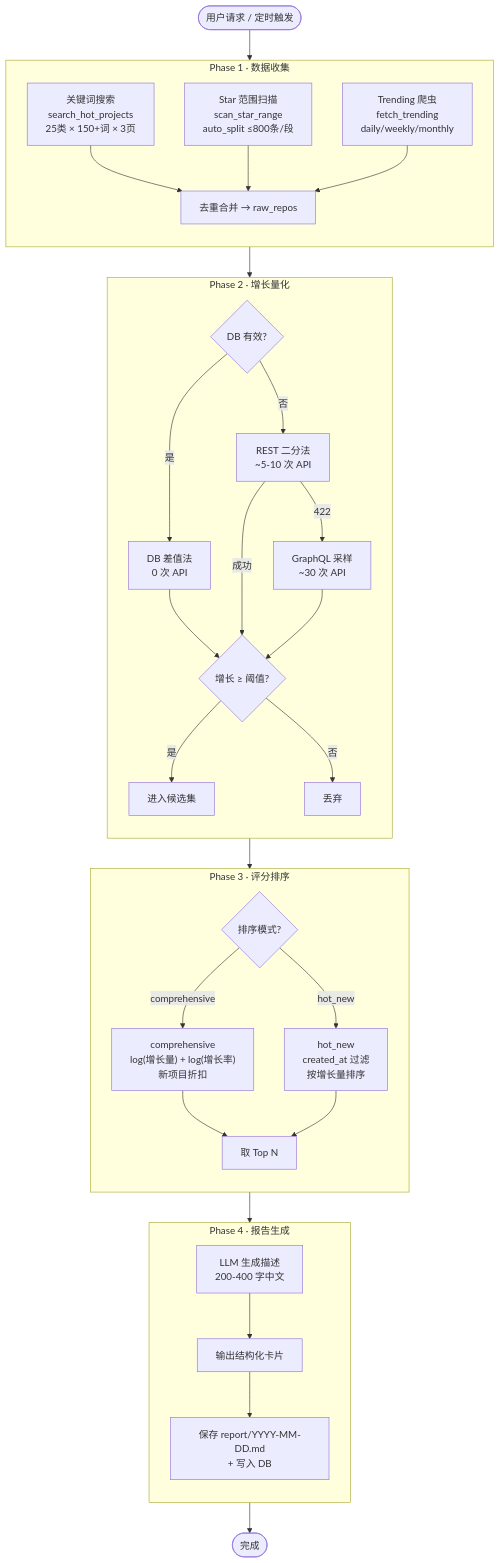
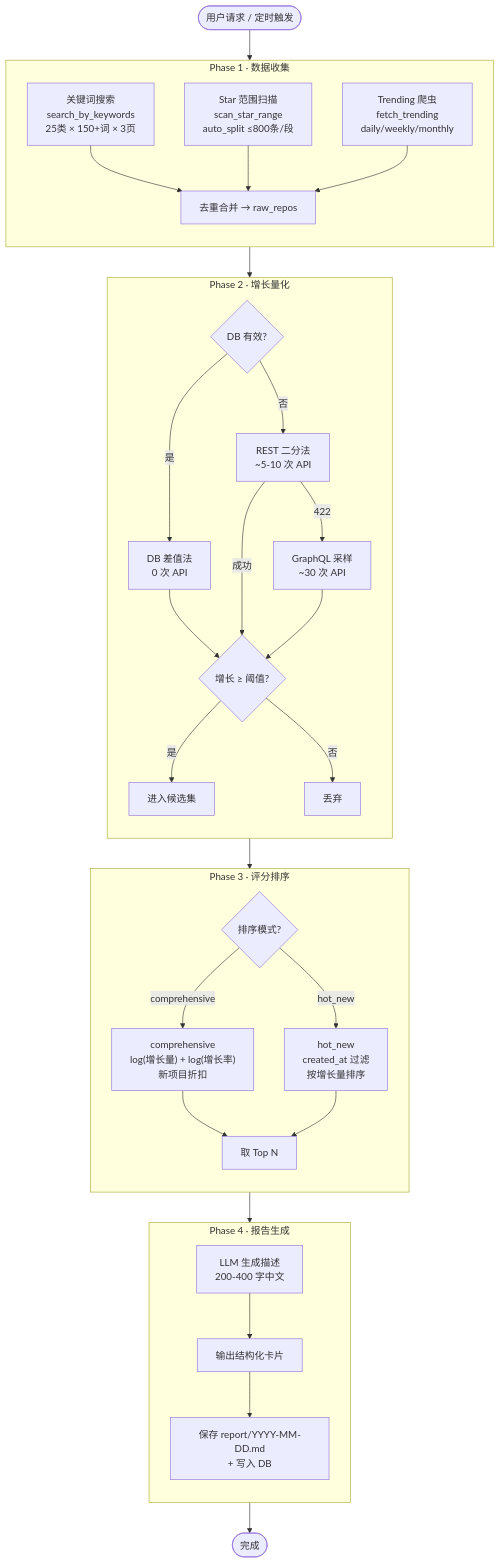
The third of 7 diagrams in github_hot_projects/docs/design.md (bachelor-dou/Agent-skils), drawn with Mermaid before and after one commit. The commit also changed other lines of this file and 23 other files, not shown here.

````diff
--- a/github_hot_projects/docs/design.md
+++ b/github_hot_projects/docs/design.md
@@ -164,55 +164,55 @@
 ```mermaid
 flowchart TD
     START(["用户请求 / 定时触发"]) --> COLLECT
 
     subgraph COLLECT["Phase 1 · 数据收集"]
         direction TB
-        KW["关键词搜索<br/>search_hot_projects<br/>25类 × 150+词 × 3页"]
+        KW["关键词搜索<br/>search_by_keywords<br/>25类 × 150+词 × 3页"]
         SCAN["Star 范围扫描<br/>scan_star_range<br/>auto_split ≤800条/段"]
         TREN["Trending 爬虫<br/>fetch_trending<br/>daily/weekly/monthly"]
         KW --> MERGE["去重合并 → raw_repos"]
         SCAN --> MERGE
         TREN --> MERGE
     end
 
     MERGE --> GROWTH_PHASE
 
     subgraph GROWTH_PHASE["Phase 2 · 增长量化"]
         direction TB
         DB_CHECK{"DB 有效?"}
         DB_DIFF["DB 差值法<br/>0 次 API"]
         REST["REST 二分法<br/>~5-10 次 API"]
         GQL["GraphQL 采样<br/>~30 次 API"]
         FILTER{"增长 ≥ 阈值?"}
 
         DB_CHECK -->|是| DB_DIFF --> FILTER
         DB_CHECK -->|否| REST
         REST -->|成功| FILTER
         REST -->|422| GQL --> FILTER
         FILTER -->|是| CAND["进入候选集"]
         FILTER -->|否| DROP["丢弃"]
     end
 
     CAND --> RANK_PHASE
 
     subgraph RANK_PHASE["Phase 3 · 评分排序"]
         direction TB
         MODE{"排序模式?"}
         COMP["comprehensive<br/>log(增长量) + log(增长率)<br/>新项目折扣"]
         HOT["hot_new<br/>created_at 过滤<br/>按增长量排序"]
         MODE -->|comprehensive| COMP --> TOPN["取 Top N"]
         MODE -->|hot_new| HOT --> TOPN
     end
 
     TOPN --> REPORT_PHASE
 
     subgraph REPORT_PHASE["Phase 4 · 报告生成"]
         direction TB
         DESC["LLM 生成描述<br/>200-400 字中文"]
         CARD["输出结构化卡片"]
         SAVE["保存 report/YYYY-MM-DD.md<br/>+ 写入 DB"]
         DESC --> CARD --> SAVE
     end
 
     SAVE --> DONE(["完成"])
 ```
````
